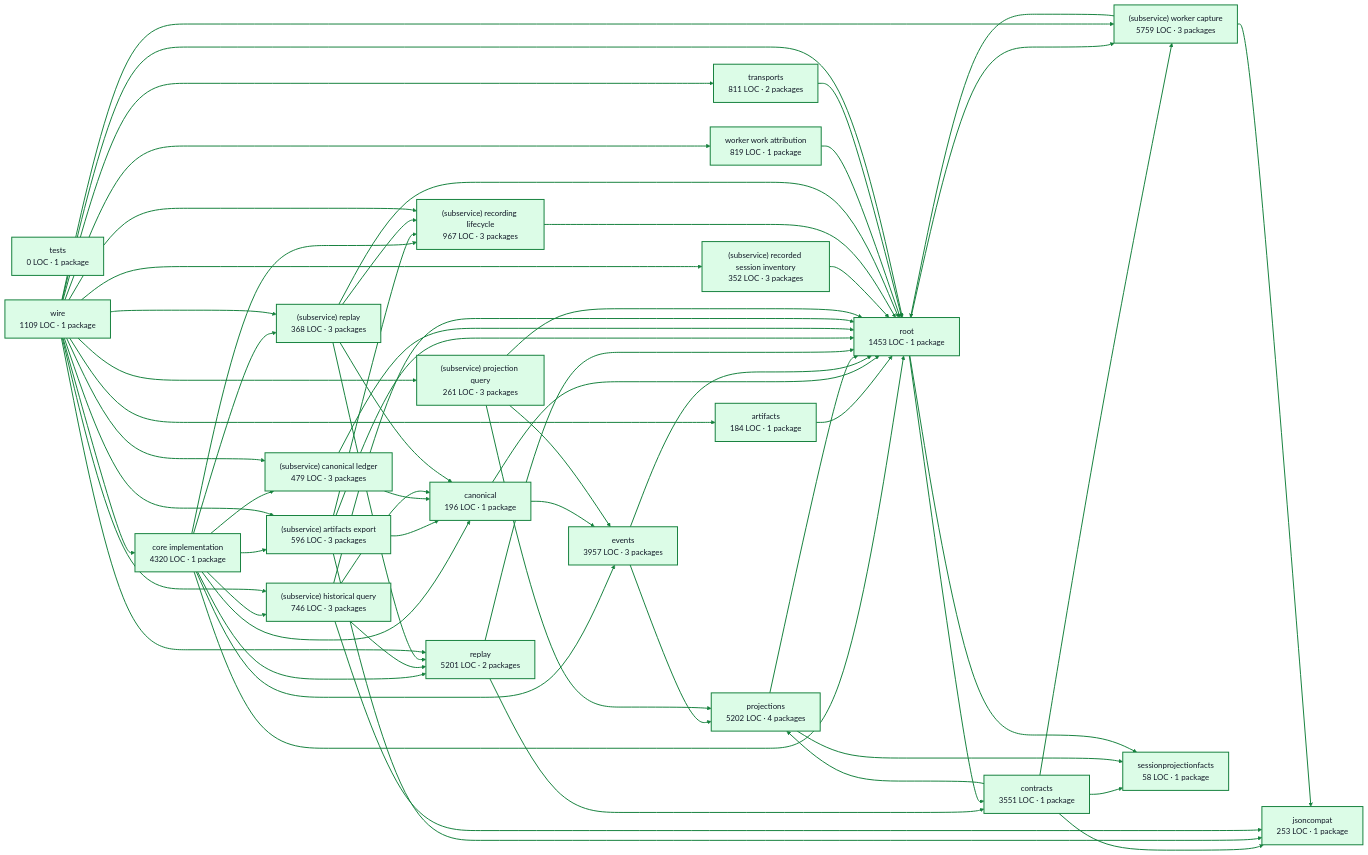
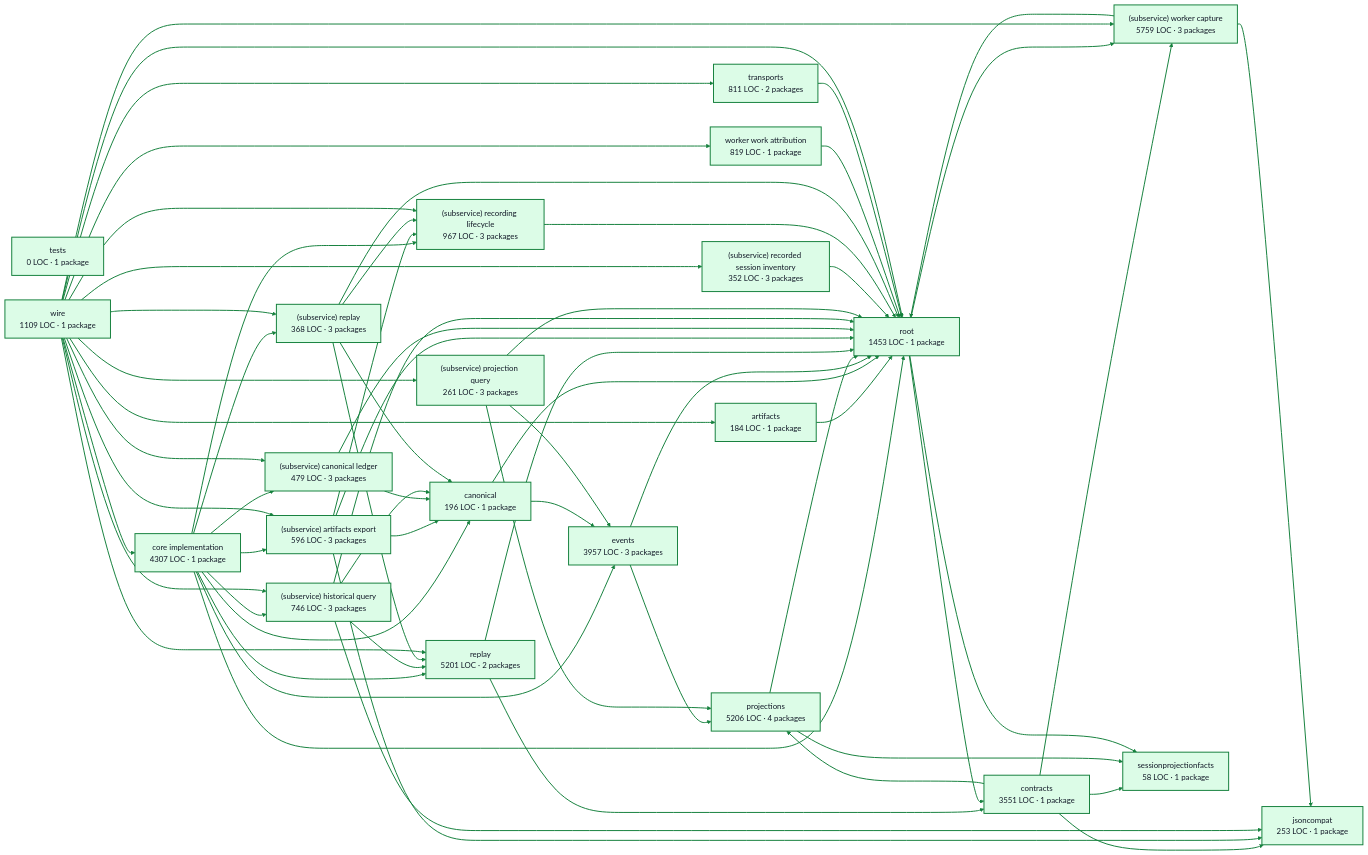
The diagram in docs/architecture/visualizations/services/recordings.md (portpowered/you-agent-factory), drawn with Mermaid before and after one commit. The commit also changed other lines of this file and 21 other files, not shown here.

Commit message:
docs: refresh backend architecture visualizations

````diff
--- a/docs/architecture/visualizations/services/recordings.md
+++ b/docs/architecture/visualizations/services/recordings.md
@@ -11,12 +11,12 @@
 ```mermaid
 flowchart LR
-  p0["core implementation<br/>4320 LOC · 1 package"]
+  p0["core implementation<br/>4307 LOC · 1 package"]
   p1["artifacts<br/>184 LOC · 1 package"]
   p2["canonical<br/>196 LOC · 1 package"]
   p3["contracts<br/>3551 LOC · 1 package"]
   p4["events<br/>3957 LOC · 3 packages"]
   p5["jsoncompat<br/>253 LOC · 1 package"]
-  p6["projections<br/>5202 LOC · 4 packages"]
+  p6["projections<br/>5206 LOC · 4 packages"]
   p7["replay<br/>5201 LOC · 2 packages"]
   p8["(subservice) artifacts export<br/>596 LOC · 3 packages"]
   p9["(subservice) canonical ledger<br/>479 LOC · 3 packages"]
````
